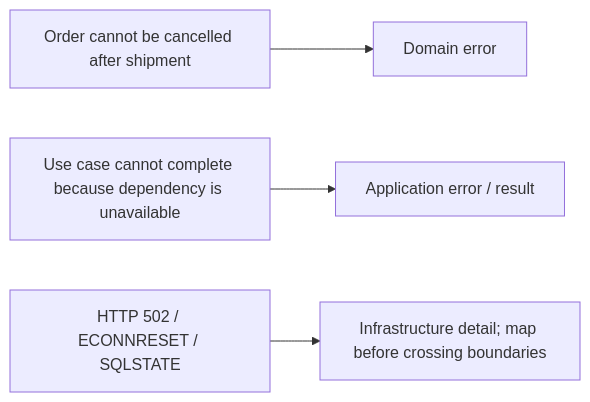
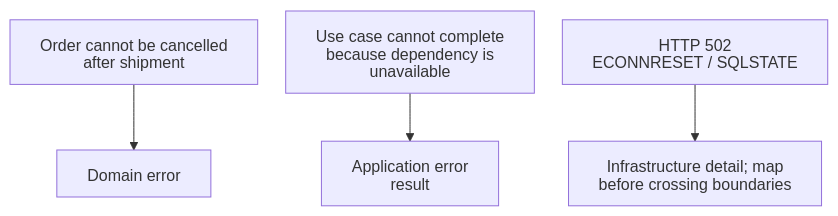
One commit to AndresTaoFlorez/software-architecture changed the third of 4 diagrams in architecture/styles/onion-architecture/2-inward-dependencies.md. Above: the diagram before and after it, drawn with Mermaid. The commit also changed other lines of this file and 79 other files, not shown here.

````diff
--- a/architecture/styles/onion-architecture/2-inward-dependencies.md
+++ b/architecture/styles/onion-architecture/2-inward-dependencies.md
@@ -130,6 +161,7 @@
 ```mermaid
-flowchart LR
-    D1["Order cannot be cancelled after shipment"] --> DE["Domain error"]
-    A1["Use case cannot complete because dependency is unavailable"] --> AE["Application error / result"]
-    I1["HTTP 502 / ECONNRESET / SQLSTATE"] --> IE["Infrastructure detail; map before crossing boundaries"]
+%%{init: {"htmlLabels": false, "flowchart": {"htmlLabels": false, "nodeSpacing": 28, "rankSpacing": 48, "diagramPadding": 20, "wrappingWidth": 280}, "sequence": {"wrap": true, "diagramMarginX": 20, "diagramMarginY": 20}}}%%
+flowchart TB
+    D1["Order cannot be cancelled<br/>after shipment"] --> DE["Domain error"]
+    A1["Use case cannot complete<br/>because dependency is<br/>unavailable"] --> AE["Application error<br/>result"]
+    I1["HTTP 502<br/>ECONNRESET / SQLSTATE"] --> IE["Infrastructure detail; map<br/>before crossing boundaries"]
 ```
````
